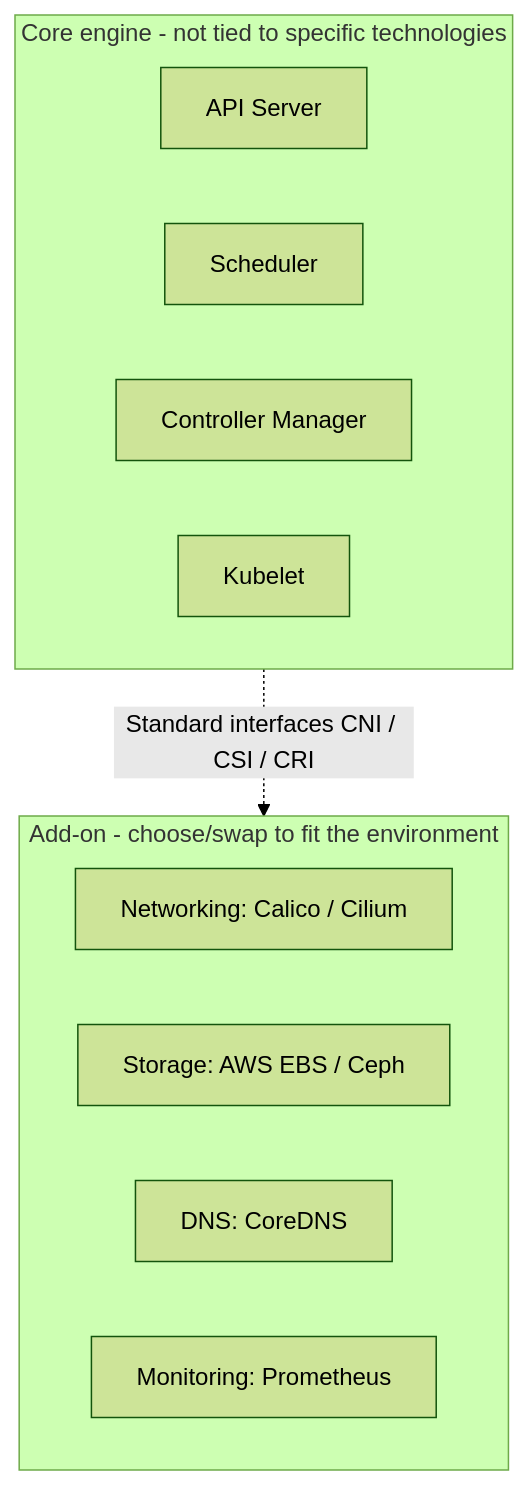
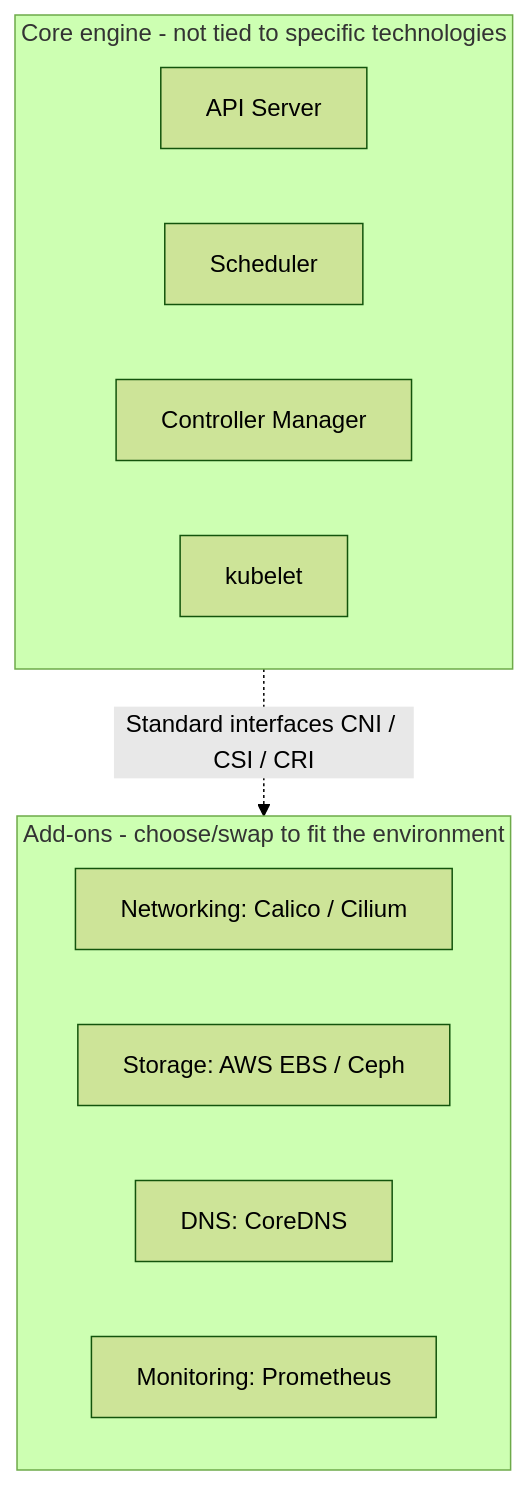
The diagram in content/basics/04-addon-concept.md (jeonck/k8s-adv), drawn with Mermaid (forest theme) before and after one commit. The commit also changed other lines of this file and 16 other files, not shown here.

````diff
--- a/content/basics/04-addon-concept.md
+++ b/content/basics/04-addon-concept.md
@@ -51,16 +51,16 @@
 ```mermaid
 graph TB
     subgraph CORE["Core engine - not tied to specific technologies"]
         API[API Server]
         SCH[Scheduler]
         CM[Controller Manager]
-        KL[Kubelet]
+        KL[kubelet]
     end
-    subgraph ADDON["Add-on - choose/swap to fit the environment"]
+    subgraph ADDON["Add-ons - choose/swap to fit the environment"]
         CNI["Networking: Calico / Cilium"]
         CSI["Storage: AWS EBS / Ceph"]
         DNS["DNS: CoreDNS"]
         MON["Monitoring: Prometheus"]
     end
     CORE -. "Standard interfaces CNI / CSI / CRI" .-> ADDON
 ```
````
